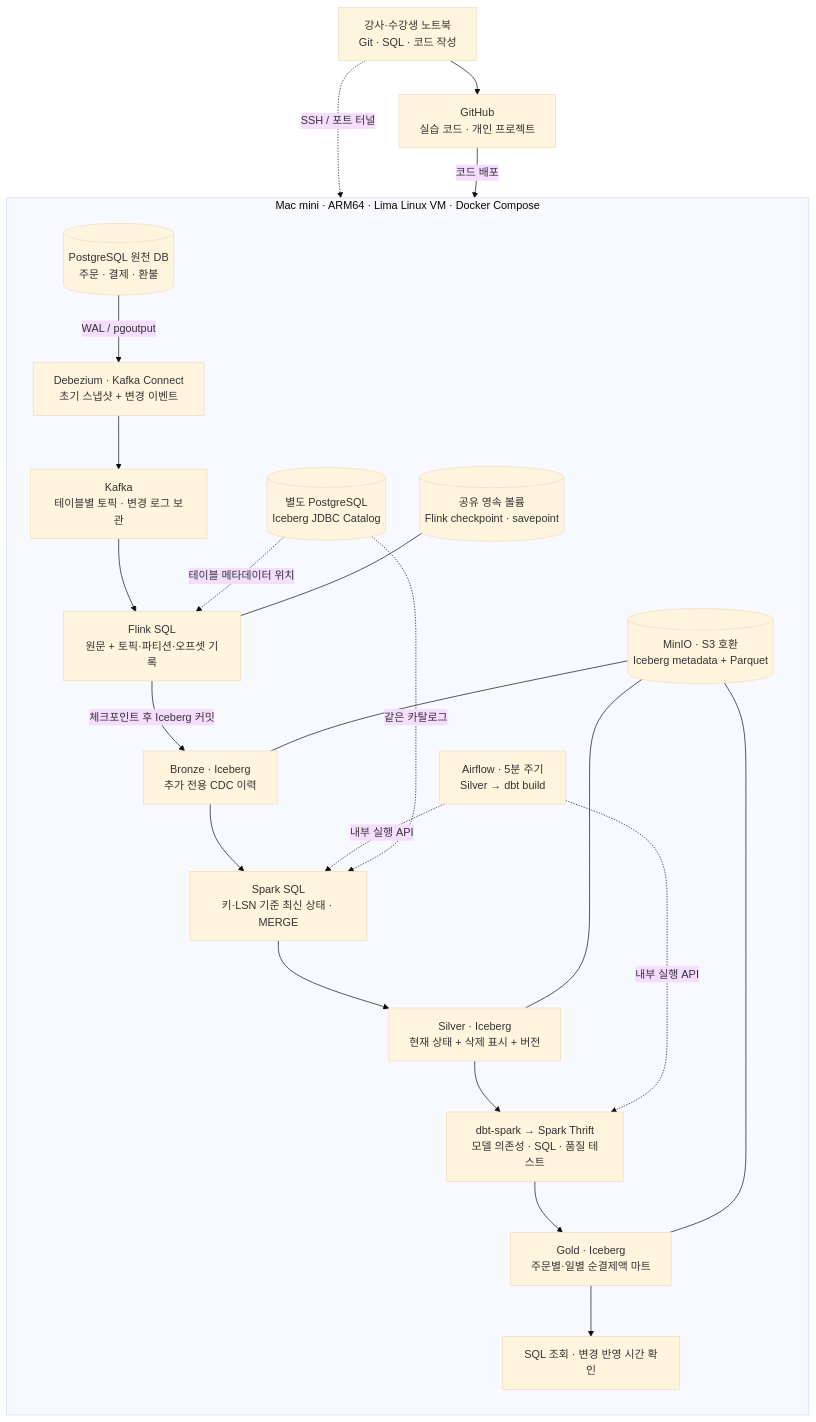
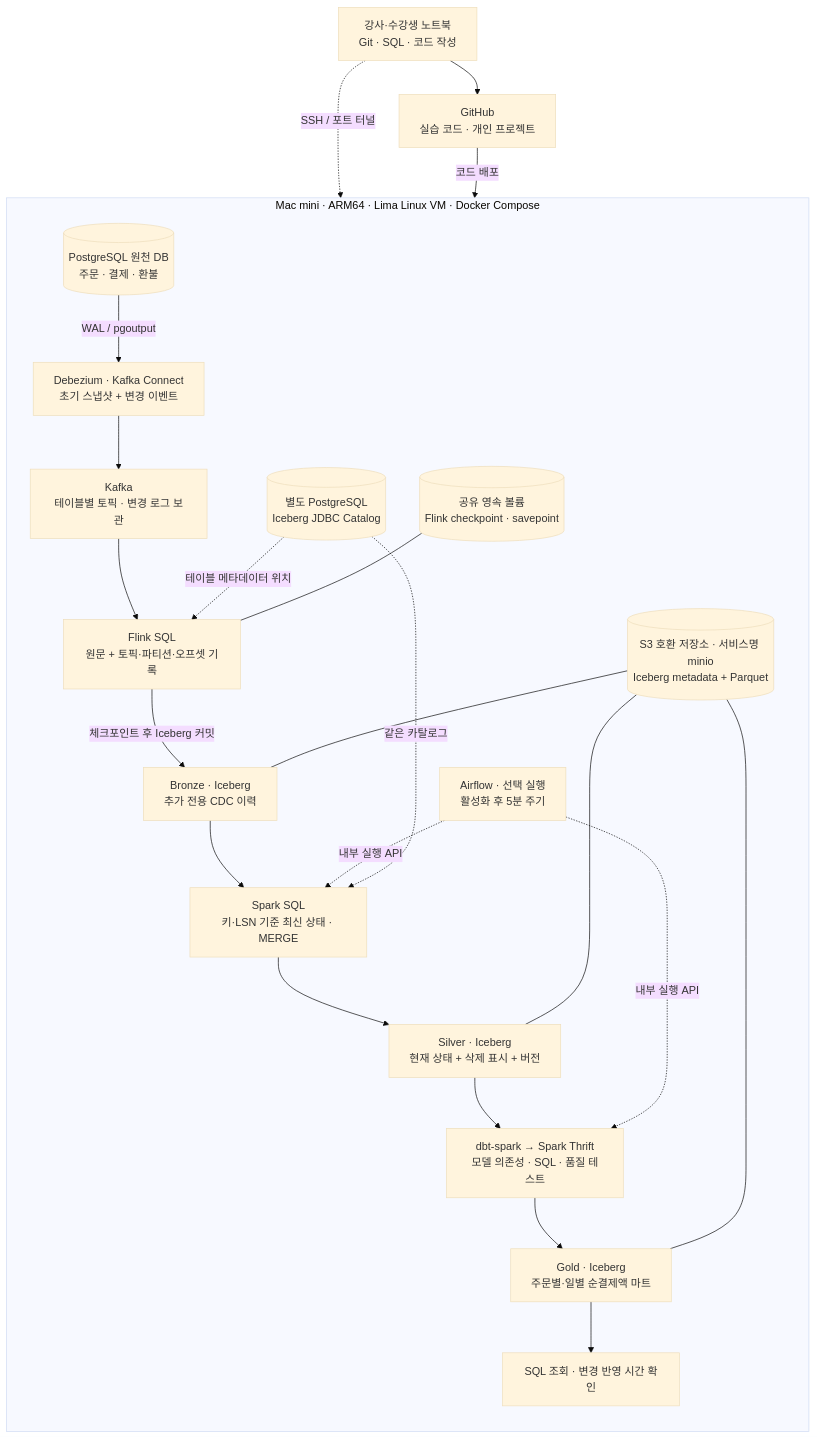
The diagram in docs/architecture.md (kim-dabin/cdc-lakehouse-study), drawn with Mermaid (base theme) before and after one commit. The commit also changed other lines of this file and 15 other files, not shown here.

````diff
--- a/docs/architecture.md
+++ b/docs/architecture.md
@@ -18,26 +18,26 @@
 ```mermaid
 flowchart TB
   author[강사·수강생 노트북<br/>Git · SQL · 코드 작성] --> github[GitHub<br/>실습 코드 · 개인 프로젝트]
   author -. SSH / 포트 터널 .-> mini
   github -->|코드 배포| mini
   subgraph mini[Mac mini · ARM64 · Lima Linux VM · Docker Compose]
     direction TB
     pg[(PostgreSQL 원천 DB<br/>주문 · 결제 · 환불)] -->|WAL / pgoutput| cdc[Debezium · Kafka Connect<br/>초기 스냅샷 + 변경 이벤트]
     cdc --> kafka[Kafka<br/>테이블별 토픽 · 변경 로그 보관]
     kafka --> flink[Flink SQL<br/>원문 + 토픽·파티션·오프셋 기록]
     flink -->|체크포인트 후 Iceberg 커밋| bronze[Bronze · Iceberg<br/>추가 전용 CDC 이력]
     bronze --> spark[Spark SQL<br/>키·LSN 기준 최신 상태 · MERGE]
     spark --> silver[Silver · Iceberg<br/>현재 상태 + 삭제 표시 + 버전]
     silver --> dbt[dbt-spark → Spark Thrift<br/>모델 의존성 · SQL · 품질 테스트]
     dbt --> gold[Gold · Iceberg<br/>주문별·일별 순결제액 마트]
     gold --> query[SQL 조회 · 변경 반영 시간 확인]
-    airflow[Airflow · 5분 주기<br/>Silver → dbt build] -. 내부 실행 API .-> spark
+    airflow[Airflow · 선택 실행<br/>활성화 후 5분 주기] -. 내부 실행 API .-> spark
     airflow -. 내부 실행 API .-> dbt
     catalog[(별도 PostgreSQL<br/>Iceberg JDBC Catalog)] -. 테이블 메타데이터 위치 .-> flink
     catalog -. 같은 카탈로그 .-> spark
-    storage[(MinIO · S3 호환<br/>Iceberg metadata + Parquet)] --- bronze
+    storage[(S3 호환 저장소 · 서비스명 minio<br/>Iceberg metadata + Parquet)] --- bronze
     storage --- silver
     storage --- gold
     checkpoint[(공유 영속 볼륨<br/>Flink checkpoint · savepoint)] --- flink
   end
 ```
````
